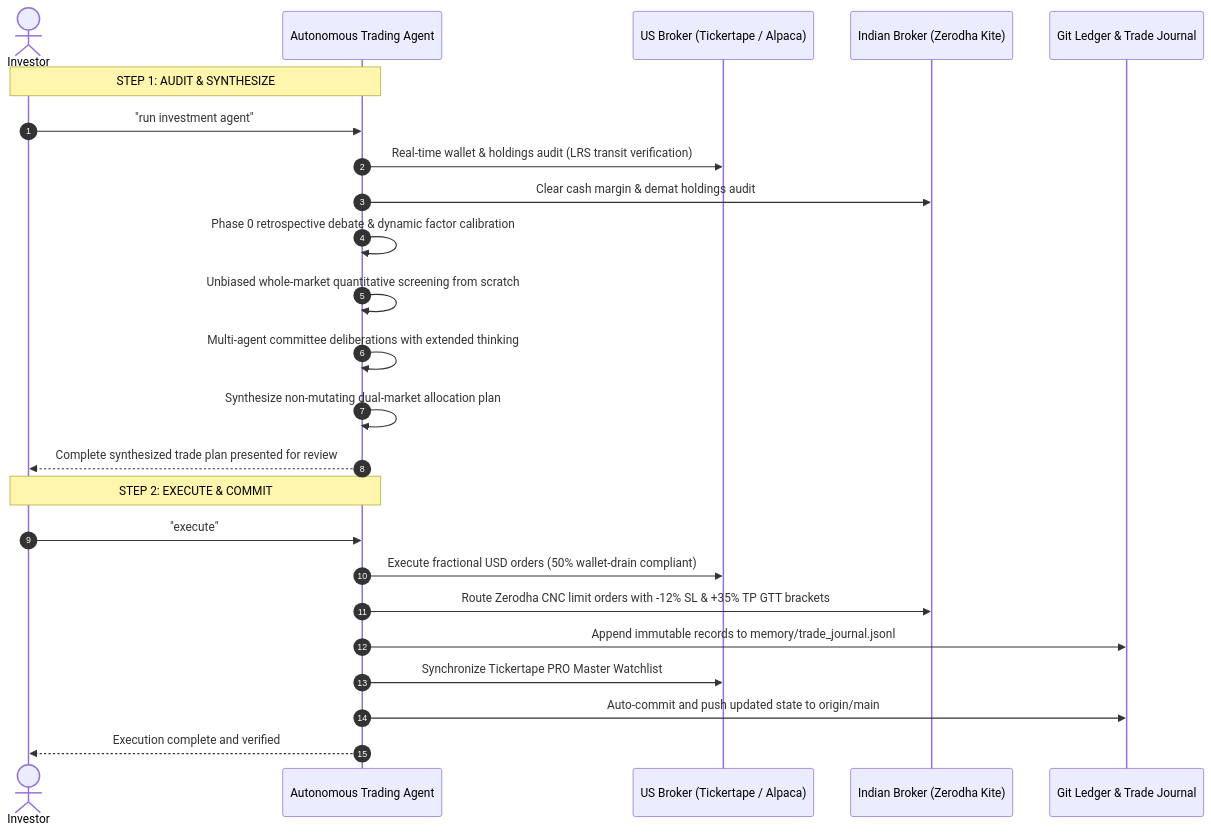
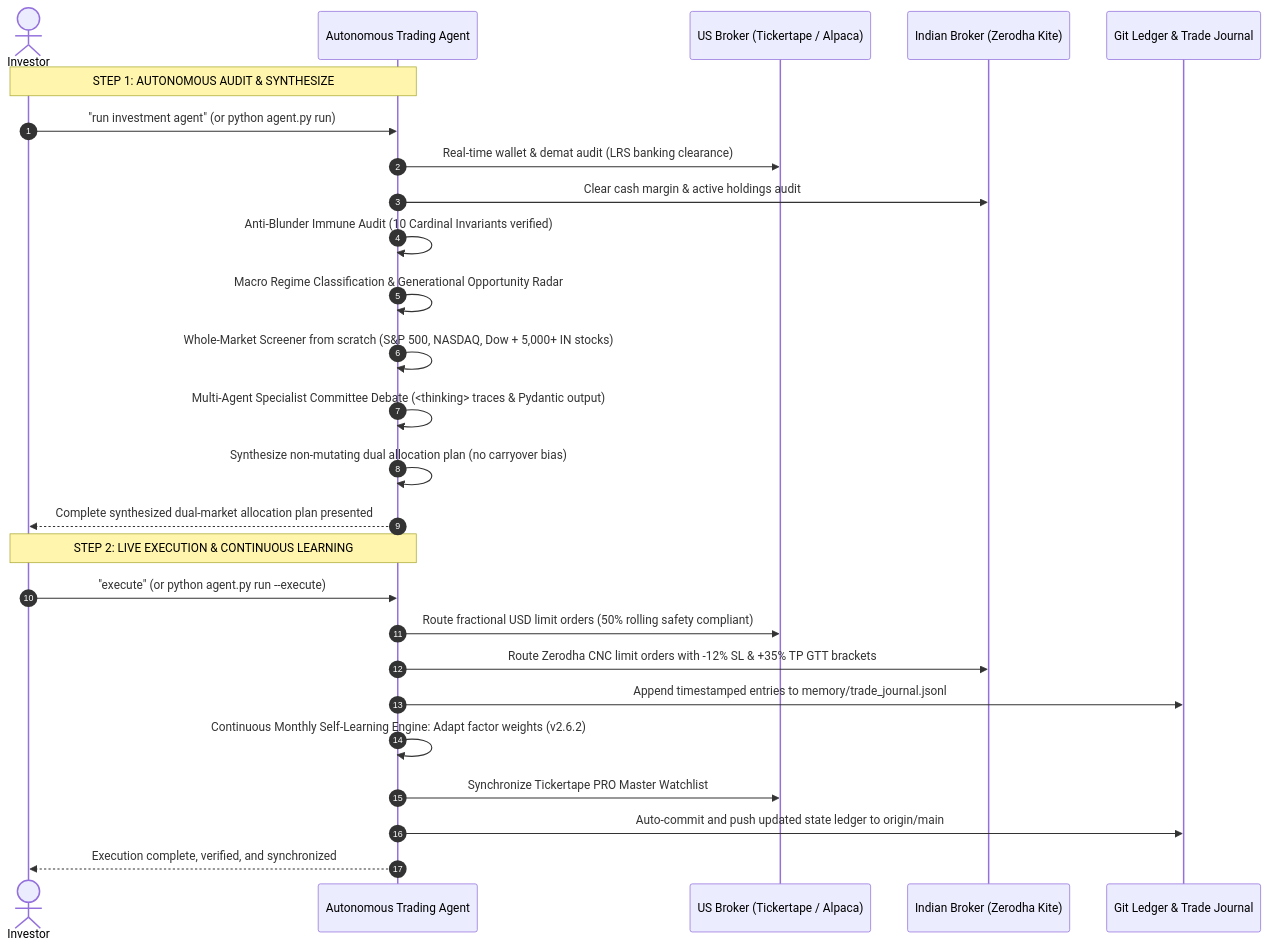
The first of 2 diagrams in README.md (kevinhayesanderson/autonomous-trading-agent), drawn with Mermaid before and after one commit. The commit also changed other lines of this file, not shown here.

Commit message:
docs: streamline README, update Mermaid diagrams, and clarify autonomous 2-command operating standard

````diff
--- a/README.md
+++ b/README.md
@@ -38,28 +29,30 @@
 ```mermaid
 sequenceDiagram
     autonumber
     actor User as Investor
     participant Agent as Autonomous Trading Agent
     participant US as US Broker (Tickertape / Alpaca)
     participant IN as Indian Broker (Zerodha Kite)
     participant Git as Git Ledger & Trade Journal
 
-    Note over User, Agent: STEP 1: AUDIT & SYNTHESIZE
-    User->>Agent: "run investment agent"
-    Agent->>US: Real-time wallet & holdings audit (LRS transit verification)
-    Agent->>IN: Clear cash margin & demat holdings audit
-    Agent->>Agent: Phase 0 retrospective debate & dynamic factor calibration
-    Agent->>Agent: Unbiased whole-market quantitative screening from scratch
-    Agent->>Agent: Multi-agent committee deliberations with extended thinking
-    Agent->>Agent: Synthesize non-mutating dual-market allocation plan
-    Agent-->>User: Complete synthesized trade plan presented for review
+    Note over User, Agent: STEP 1: AUTONOMOUS AUDIT & SYNTHESIZE
+    User->>Agent: "run investment agent" (or python agent.py run)
+    Agent->>US: Real-time wallet & demat audit (LRS banking clearance)
+    Agent->>IN: Clear cash margin & active holdings audit
+    Agent->>Agent: Anti-Blunder Immune Audit (10 Cardinal Invariants verified)
+    Agent->>Agent: Macro Regime Classification & Generational Opportunity Radar
+    Agent->>Agent: Whole-Market Screener from scratch (S&P 500, NASDAQ, Dow + 5,000+ IN stocks)
+    Agent->>Agent: Multi-Agent Specialist Committee Debate (<thinking> traces & Pydantic output)
+    Agent->>Agent: Synthesize non-mutating dual allocation plan (no carryover bias)
+    Agent-->>User: Complete synthesized dual-market allocation plan presented
 
-    Note over User, Agent: STEP 2: EXECUTE & COMMIT
-    User->>Agent: "execute"
-    Agent->>US: Execute fractional USD orders (50% wallet-drain compliant)
+    Note over User, Agent: STEP 2: LIVE EXECUTION & CONTINUOUS LEARNING
+    User->>Agent: "execute" (or python agent.py run --execute)
+    Agent->>US: Route fractional USD limit orders (50% rolling safety compliant)
     Agent->>IN: Route Zerodha CNC limit orders with -12% SL & +35% TP GTT brackets
-    Agent->>Git: Append immutable records to memory/trade_journal.jsonl
+    Agent->>Git: Append timestamped entries to memory/trade_journal.jsonl
+    Agent->>Agent: Continuous Monthly Self-Learning Engine: Adapt factor weights (v2.6.2)
     Agent->>US: Synchronize Tickertape PRO Master Watchlist
-    Agent->>Git: Auto-commit and push updated state to origin/main
-    Agent-->>User: Execution complete and verified
+    Agent->>Git: Auto-commit and push updated state ledger to origin/main
+    Agent-->>User: Execution complete, verified, and synchronized
 ```
````
